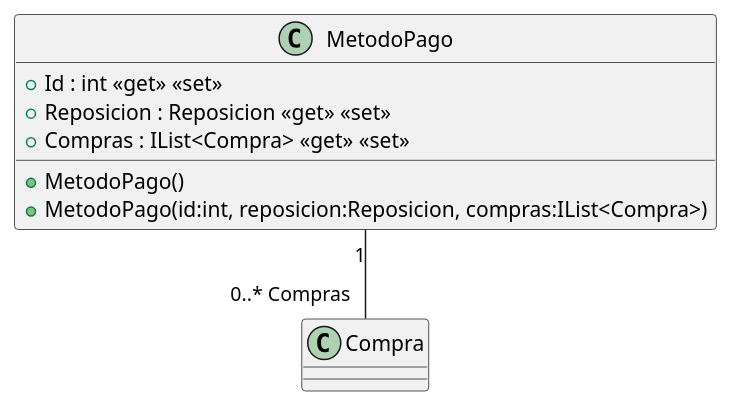
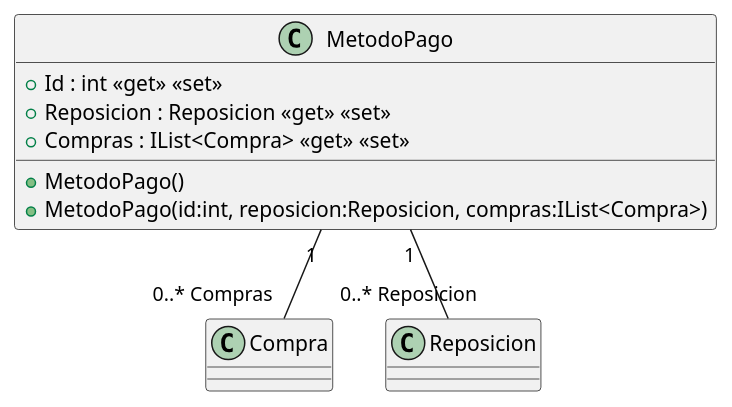
One commit to ISII2627SoftwareEngineers/ISII2627SoftwareEngineers changed the diagram in src/AppForSEII.API/ClassDiagram/MetodoPago.puml. Above: the diagram before and after it, drawn with PlantUML. The commit also changed 4 other files, not shown here.

Commit message:
Modificacion diagrama clases CU 2 Reponer libros

```diff
--- a/src/AppForSEII.API/ClassDiagram/MetodoPago.puml
+++ b/src/AppForSEII.API/ClassDiagram/MetodoPago.puml
@@ -1,11 +1,13 @@
 @startuml
 class MetodoPago {
     + MetodoPago()
     + MetodoPago(id:int, reposicion:Reposicion, compras:IList<Compra>)
     + Id : int <<get>> <<set>>
     + Reposicion : Reposicion <<get>> <<set>>
     + Compras : IList<Compra> <<get>> <<set>>
 }
 'para caso de uso comprar libros
 MetodoPago "1" -- "0..* Compras" Compra 
+
+MetodoPago "1" -- "0..* Reposicion" Reposicion
 @enduml
```
